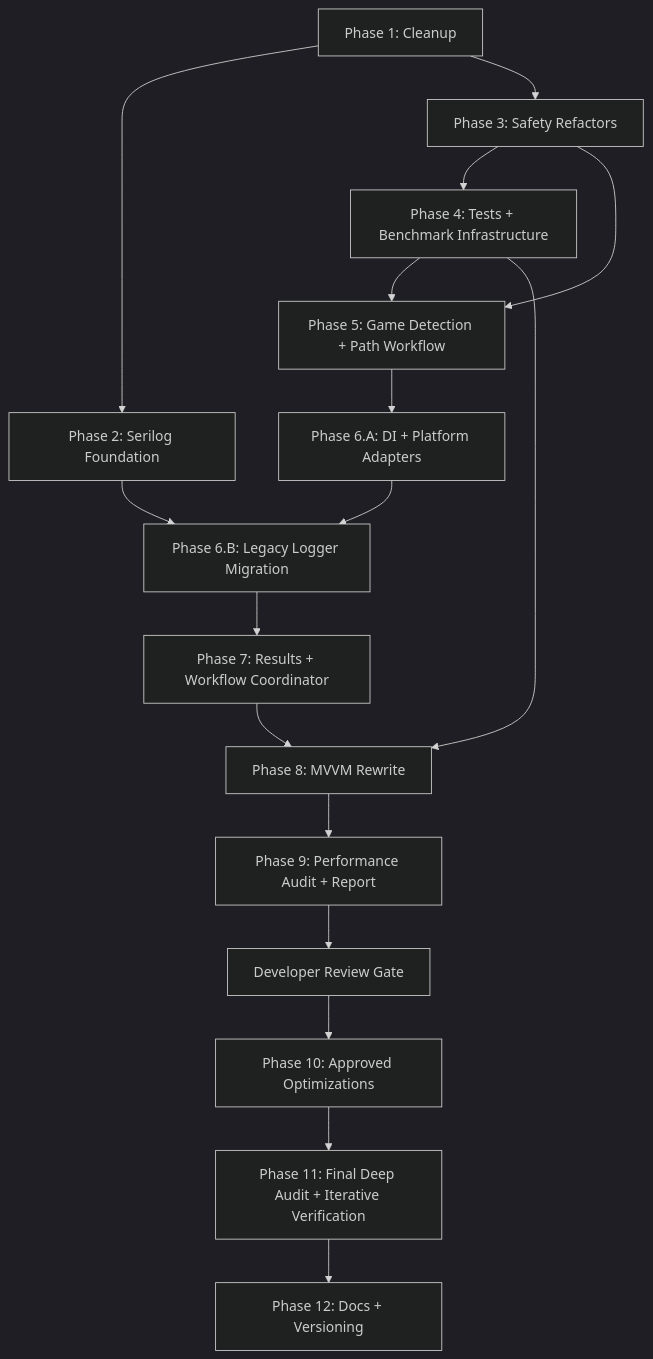
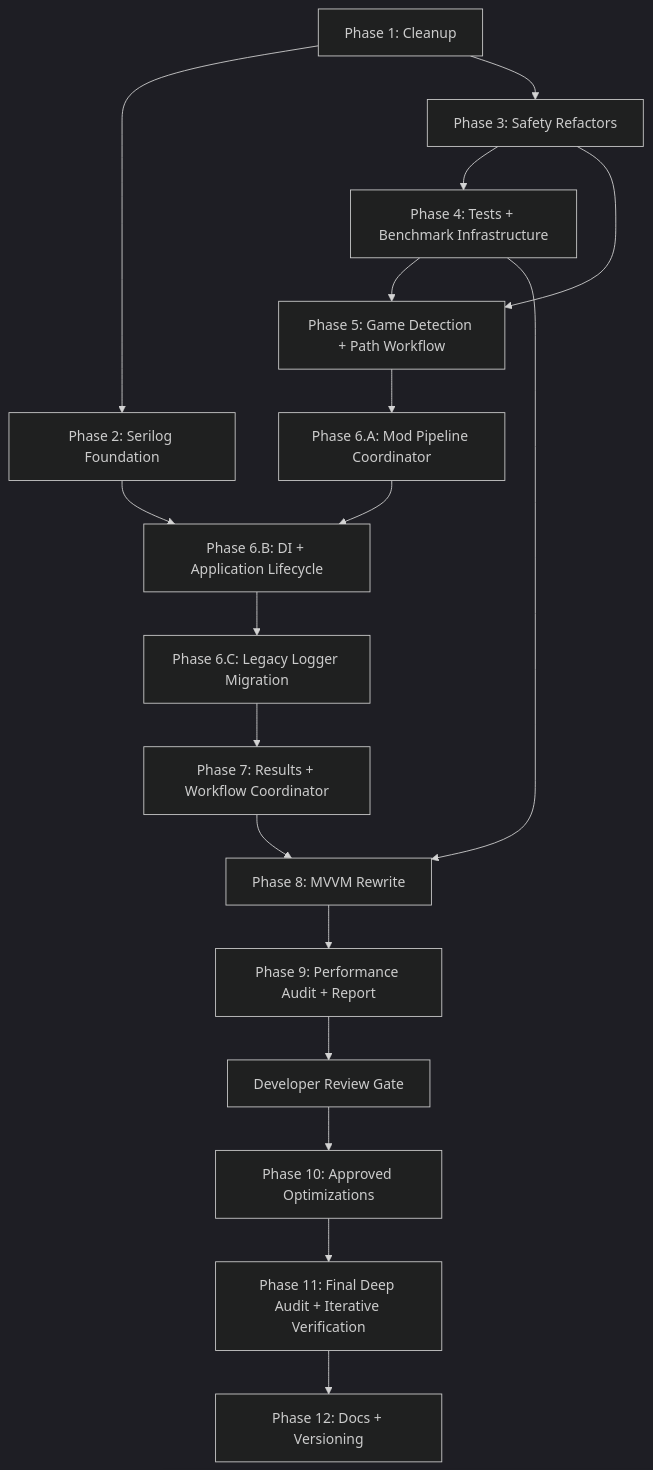
Before and after one commit to ThelianTech-Studios/CalradiaForge: the diagram in docs/refactor/refactor_master_plan.md, drawn with Mermaid (dark theme). The commit also changed other lines of this file and 16 other files, not shown here.

````diff
--- a/docs/refactor/refactor_master_plan.md
+++ b/docs/refactor/refactor_master_plan.md
@@ -163,34 +162,36 @@
 ```mermaid
 flowchart TD
     P1["Phase 1: Cleanup"]
     P2["Phase 2: Serilog Foundation"]
     P3["Phase 3: Safety Refactors"]
     P4["Phase 4: Tests + Benchmark Infrastructure"]
     P5["Phase 5: Game Detection + Path Workflow"]
-    P6A["Phase 6.A: DI + Platform Adapters"]
-    P6B["Phase 6.B: Legacy Logger Migration"]
+    P6A["Phase 6.A: Mod Pipeline Coordinator"]
+    P6B["Phase 6.B: DI + Application Lifecycle"]
+    P6C["Phase 6.C: Legacy Logger Migration"]
     P7["Phase 7: Results + Workflow Coordinator"]
     P8["Phase 8: MVVM Rewrite"]
     P9["Phase 9: Performance Audit + Report"]
     G9["Developer Review Gate"]
     P10["Phase 10: Approved Optimizations"]
     P11["Phase 11: Final Deep Audit + Iterative Verification"]
     P12["Phase 12: Docs + Versioning"]
 
     P1 --> P2
     P1 --> P3
     P3 --> P4
     P3 --> P5
     P4 --> P5
     P5 --> P6A
     P2 --> P6B
     P6A --> P6B
-    P6B --> P7
+    P6B --> P6C
+    P6C --> P7
     P4 --> P8
     P7 --> P8
     P8 --> P9
     P9 --> G9
     G9 --> P10
     P10 --> P11
     P11 --> P12
 ```
````
